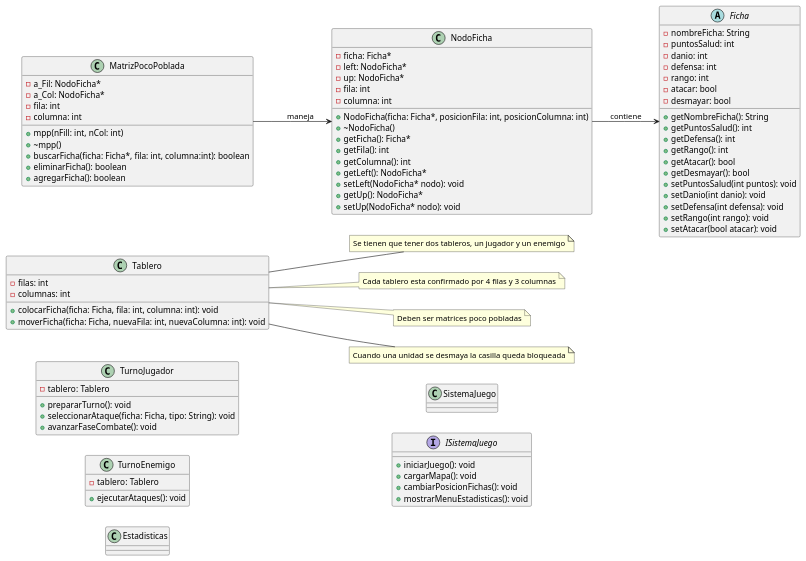
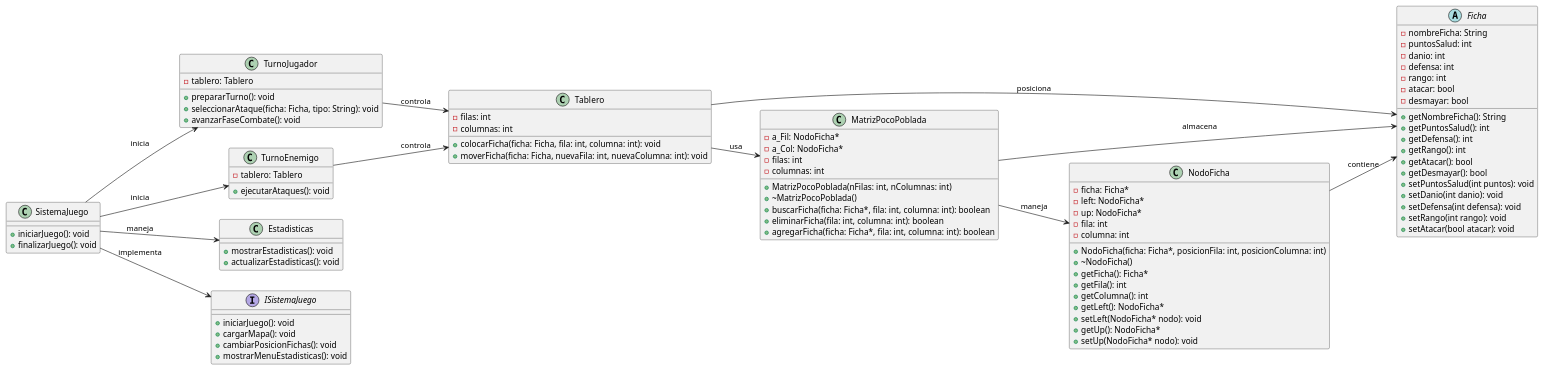
One commit to FelipeRojoC/CLION_Taller1_FelipeRojo changed the diagram in DiagramaDeClases.puml. Above: the diagram before and after it, drawn with PlantUML. The commit also changed 19 other files, not shown here.

Commit message:
Funcionando sin errores, diagrama de clases completo

```diff
--- a/DiagramaDeClases.puml
+++ b/DiagramaDeClases.puml
@@ -1,105 +1,104 @@
 @startuml
 
 left to right direction
 
-class Tablero{
+class Tablero {
     - filas: int
     - columnas: int
     + colocarFicha(ficha: Ficha, fila: int, columna: int): void
     + moverFicha(ficha: Ficha, nuevaFila: int, nuevaColumna: int): void
 }
 
 abstract class Ficha {
     - nombreFicha: String
     - puntosSalud: int
     - danio: int
     - defensa: int
     - rango: int
     - atacar: bool
     - desmayar: bool
     + getNombreFicha(): String
     + getPuntosSalud(): int
     + getDefensa(): int
     + getRango(): int
     + getAtacar(): bool
     + getDesmayar(): bool
     + setPuntosSalud(int puntos): void
     + setDanio(int danio): void
     + setDefensa(int defensa): void
     + setRango(int rango): void
     + setAtacar(bool atacar): void
 }
 
-class NodoFicha{
+class NodoFicha {
     - ficha: Ficha*
     - left: NodoFicha*
     - up: NodoFicha*
     - fila: int
     - columna: int
     + NodoFicha(ficha: Ficha*, posicionFila: int, posicionColumna: int)
     + ~NodoFicha()
     + getFicha(): Ficha*
     + getFila(): int
     + getColumna(): int
     + getLeft(): NodoFicha*
     + setLeft(NodoFicha* nodo): void
     + getUp(): NodoFicha*
     + setUp(NodoFicha* nodo): void
 }
 
-class MatrizPocoPoblada{
+class MatrizPocoPoblada {
     - a_Fil: NodoFicha*
     - a_Col: NodoFicha*
-    - fila: int
-    - columna: int
-    + mpp(nFill: int, nCol: int)
-    + ~mpp()
-    + buscarFicha(ficha: Ficha*, fila: int, columna:int): boolean
-    + eliminarFicha(): boolean
-    + agregarFicha(): boolean
+    - filas: int
+    - columnas: int
+    + MatrizPocoPoblada(nFilas: int, nColumnas: int)
+    + ~MatrizPocoPoblada()
+    + buscarFicha(ficha: Ficha*, fila: int, columna: int): boolean
+    + eliminarFicha(fila: int, columna: int): boolean
+    + agregarFicha(ficha: Ficha*, fila: int, columna: int): boolean
 }
 
-class TurnoJugador{
+class TurnoJugador {
     - tablero: Tablero
     + prepararTurno(): void
     + seleccionarAtaque(ficha: Ficha, tipo: String): void
     + avanzarFaseCombate(): void
 }
 
-class TurnoEnemigo{
+class TurnoEnemigo {
     - tablero: Tablero
     + ejecutarAtaques(): void
 }
 
 class Estadisticas {
-
+    + mostrarEstadisticas(): void
+    + actualizarEstadisticas(): void
 }
 
 class SistemaJuego {
-
+    + iniciarJuego(): void
+    + finalizarJuego(): void
 }
 
-interface ISistemaJuego{
+interface ISistemaJuego {
     + iniciarJuego(): void
     + cargarMapa(): void
     + cambiarPosicionFichas(): void
     + mostrarMenuEstadisticas(): void
 }
 
-' Notas
-note "Se tienen que tener dos tableros, un jugador y un enemigo" as N1
-note "Cada tablero esta confirmado por 4 filas y 3 columnas" as N2
-note "Deben ser matrices poco pobladas" as N3
-note "Cuando una unidad se desmaya la casilla queda bloqueada" as N4
-
-' Relaciones de notas
-Tablero -- N1
-Tablero -- N2
-Tablero -- N3
-Tablero -- N4
-
-
+' Relaciones entre clases
 NodoFicha --> Ficha : contiene
 MatrizPocoPoblada --> NodoFicha : maneja
+Tablero --> MatrizPocoPoblada : usa
+TurnoJugador --> Tablero : controla
+TurnoEnemigo --> Tablero : controla
+SistemaJuego --> ISistemaJuego : implementa
+SistemaJuego --> Estadisticas : maneja
+SistemaJuego --> TurnoJugador : inicia
+SistemaJuego --> TurnoEnemigo : inicia
+MatrizPocoPoblada --> Ficha : almacena
+Tablero --> Ficha : posiciona
 
 @enduml
```
